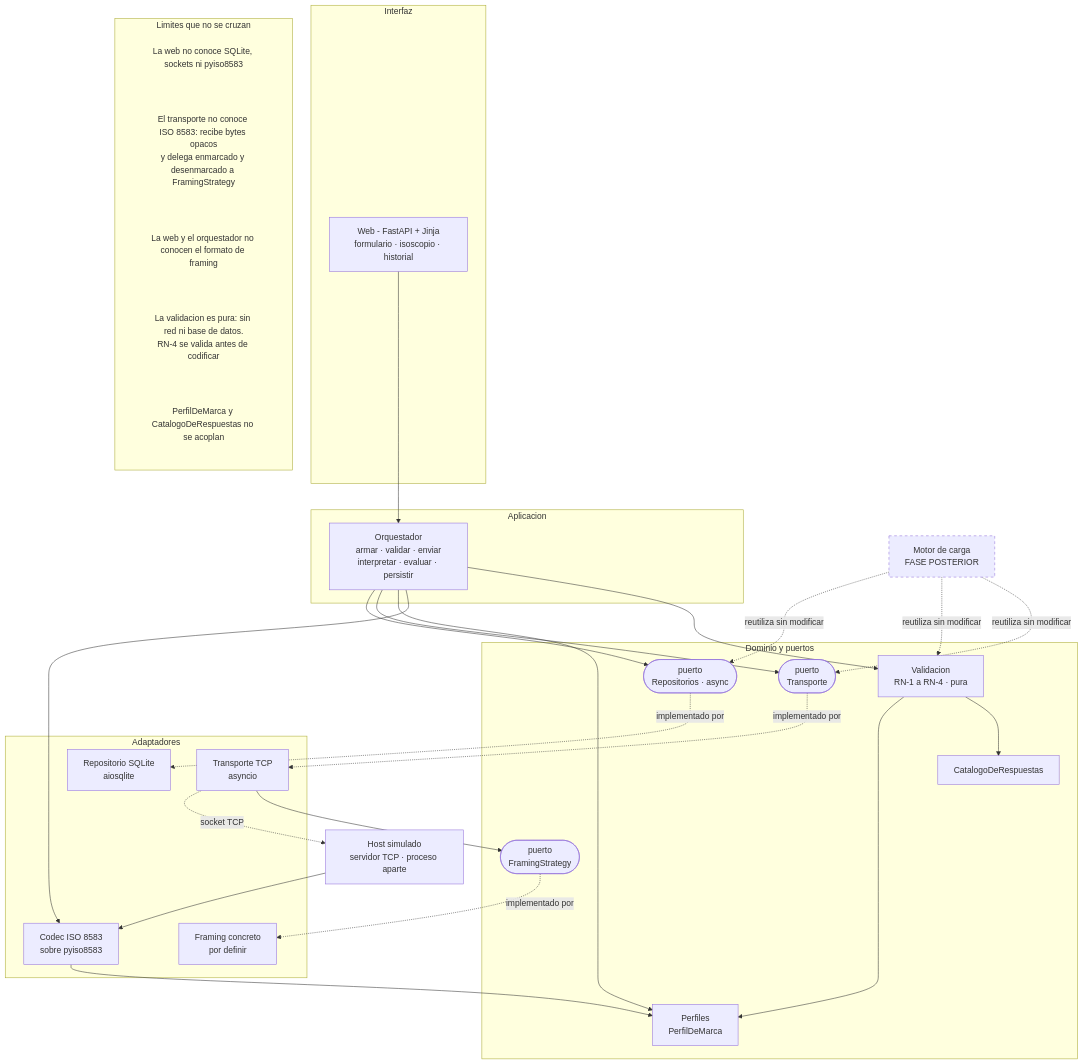
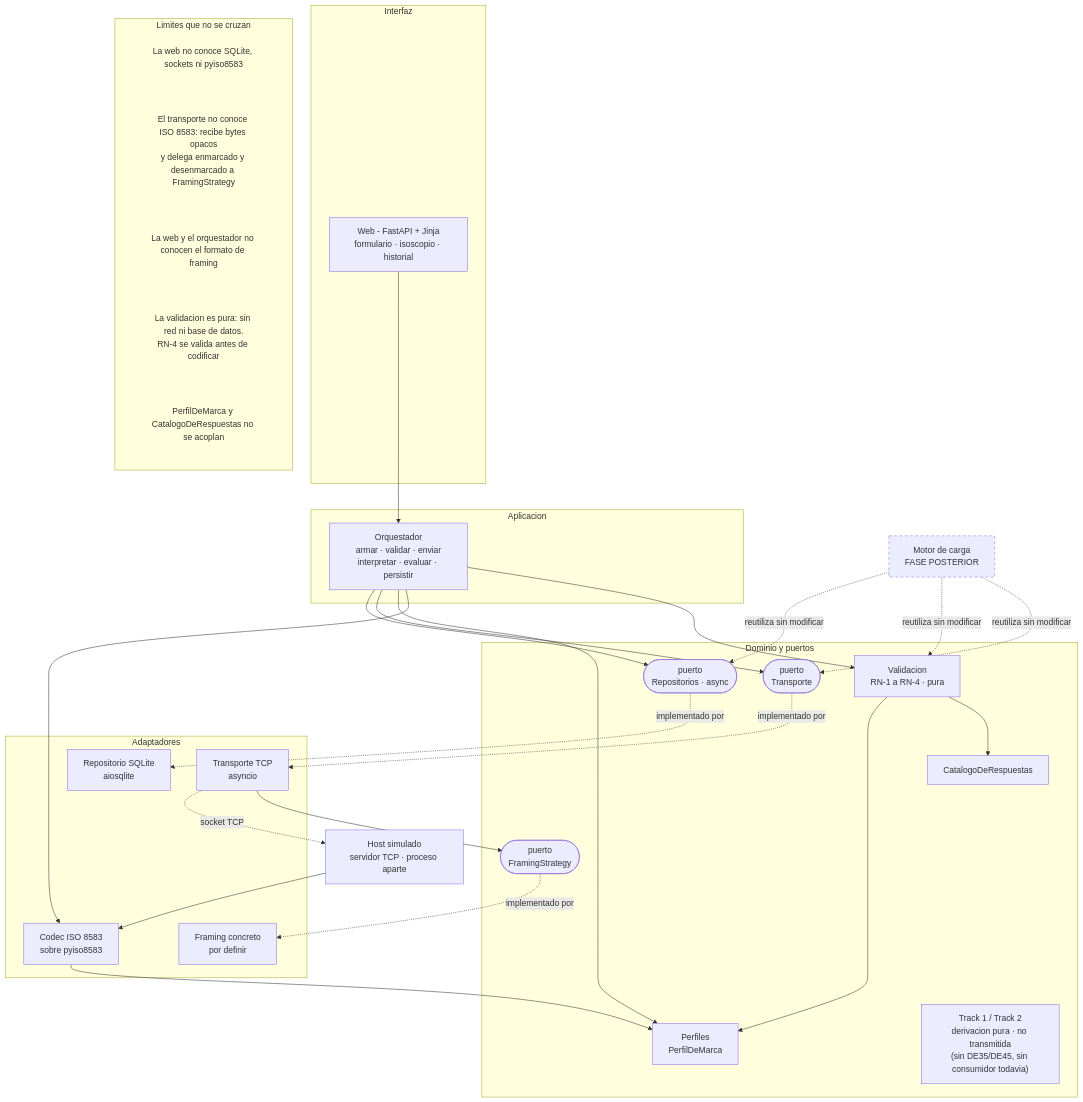
One commit to henguido/SibuTestLab8583 changed the diagram in docs/arquitectura/componentes.mmd. Above: the diagram before and after it, drawn with Mermaid. The commit also changed 3 other files, not shown here.

```diff
--- a/docs/arquitectura/componentes.mmd
+++ b/docs/arquitectura/componentes.mmd
@@ -1,64 +1,65 @@
 %% SibuTestLab8583 - Componentes, dependencias y limites
 %% Alcance: compra 0100 -> TCP -> respuesta 0110
-%% Nada de esto esta implementado todavia.
+%% Implementado de punta a punta. Motor de carga: fase posterior, no implementado.
 
 flowchart TD
 
     subgraph interfaz["Interfaz"]
         WEB["Web - FastAPI + Jinja<br/>formulario · isoscopio · historial"]
     end
 
     subgraph aplicacion["Aplicacion"]
         ORQ["Orquestador<br/>armar · validar · enviar<br/>interpretar · evaluar · persistir"]
     end
 
     subgraph dominio["Dominio y puertos"]
         VAL["Validacion<br/>RN-1 a RN-4 · pura"]
         PERF["Perfiles<br/>PerfilDeMarca"]
         CAT["CatalogoDeRespuestas"]
         PTRANS(["puerto<br/>Transporte"])
         PFRAM(["puerto<br/>FramingStrategy"])
         PREPO(["puerto<br/>Repositorios · async"])
+        TRACKS["Track 1 / Track 2<br/>derivacion pura · no transmitida<br/>(sin DE35/DE45, sin consumidor todavia)"]
     end
 
     subgraph adaptadores["Adaptadores"]
         CODEC["Codec ISO 8583<br/>sobre pyiso8583"]
         TCP["Transporte TCP<br/>asyncio"]
         FRAM["Framing concreto<br/>por definir"]
         REPO["Repositorio SQLite<br/>aiosqlite"]
     end
 
     HOST["Host simulado<br/>servidor TCP · proceso aparte"]
     CARGA["Motor de carga<br/>FASE POSTERIOR"]
 
     WEB --> ORQ
     ORQ --> VAL
     ORQ --> CODEC
     ORQ --> PERF
     ORQ --> PTRANS
     ORQ --> PREPO
     VAL --> CAT
     VAL --> PERF
     CODEC --> PERF
     PTRANS -.implementado por.-> TCP
     PFRAM -.implementado por.-> FRAM
     PREPO -.implementado por.-> REPO
     TCP --> PFRAM
     TCP -. socket TCP .-> HOST
     HOST --> CODEC
     CARGA -. reutiliza sin modificar .-> PTRANS
     CARGA -. reutiliza sin modificar .-> VAL
     CARGA -. reutiliza sin modificar .-> PREPO
 
     subgraph limites["Limites que no se cruzan"]
         L1["La web no conoce SQLite, sockets ni pyiso8583"]
         L2["El transporte no conoce ISO 8583: recibe bytes opacos<br/>y delega enmarcado y desenmarcado a FramingStrategy"]
         L3["La web y el orquestador no conocen el formato de framing"]
         L4["La validacion es pura: sin red ni base de datos.<br/>RN-4 se valida antes de codificar"]
         L5["PerfilDeMarca y CatalogoDeRespuestas no se acoplan"]
     end
 
     classDef posterior stroke-dasharray: 5 5;
     class CARGA posterior;
     classDef nota fill:none,stroke:none;
     class L1,L2,L3,L4,L5 nota;
```
